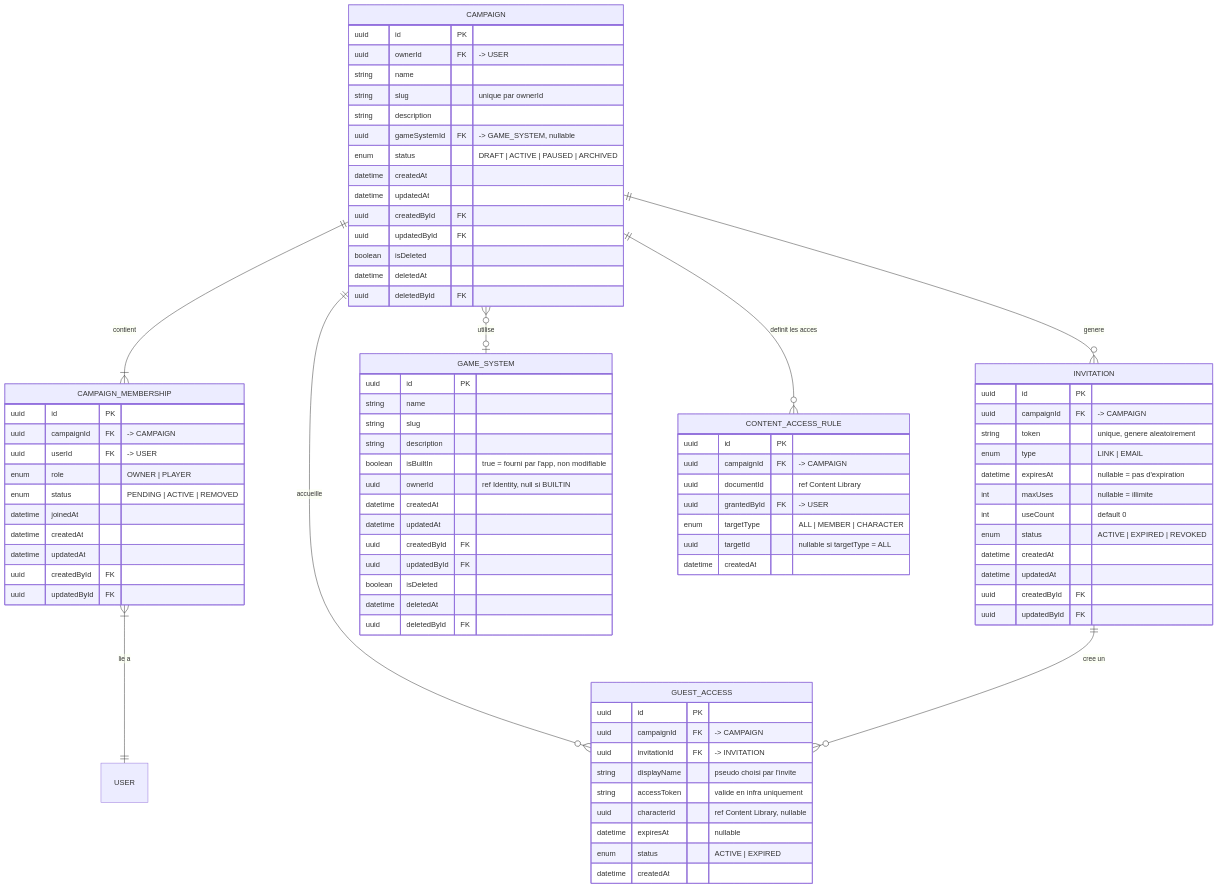
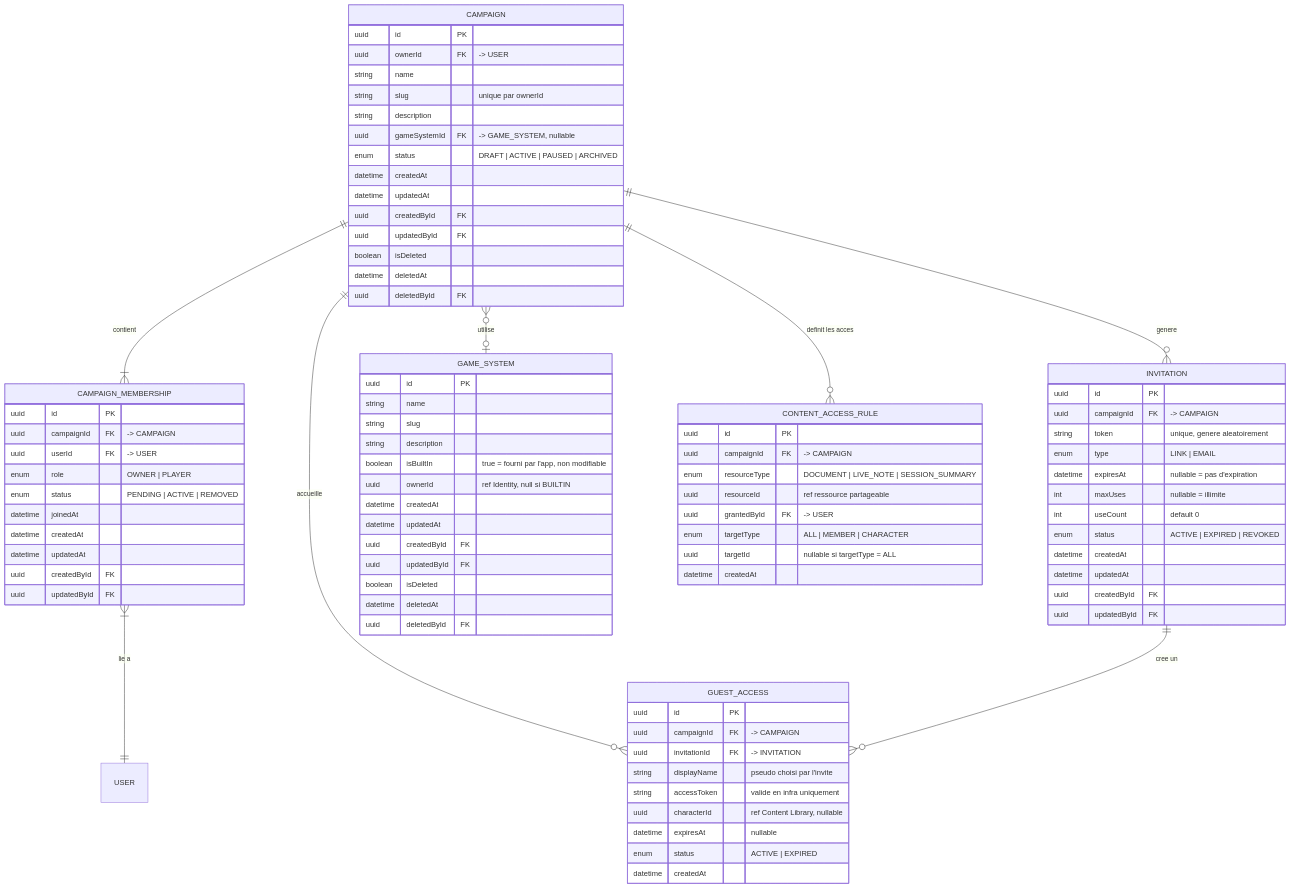
The third of 7 diagrams in docs/conception/MCD.md (2025-10-CDA-ECO-P6/PM-micro-saas), drawn with Mermaid before and after one commit. The commit also changed other lines of this file and 17 other files, not shown here.

```diff
--- a/docs/conception/MCD.md
+++ b/docs/conception/MCD.md
@@ -187,7 +187,8 @@
     CONTENT_ACCESS_RULE {
         uuid id PK
         uuid campaignId FK "-> CAMPAIGN"
-        uuid documentId "ref Content Library"
+        enum resourceType "DOCUMENT | LIVE_NOTE | SESSION_SUMMARY"
+        uuid resourceId "ref ressource partageable"
         uuid grantedById FK "-> USER"
         enum targetType "ALL | MEMBER | CHARACTER"
         uuid targetId "nullable si targetType = ALL"
```
